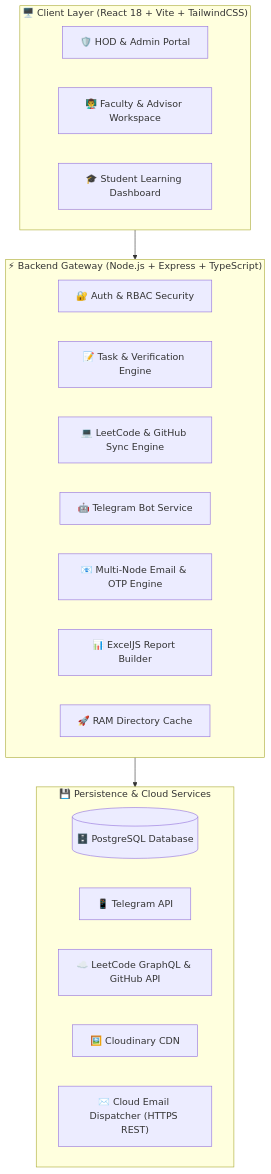
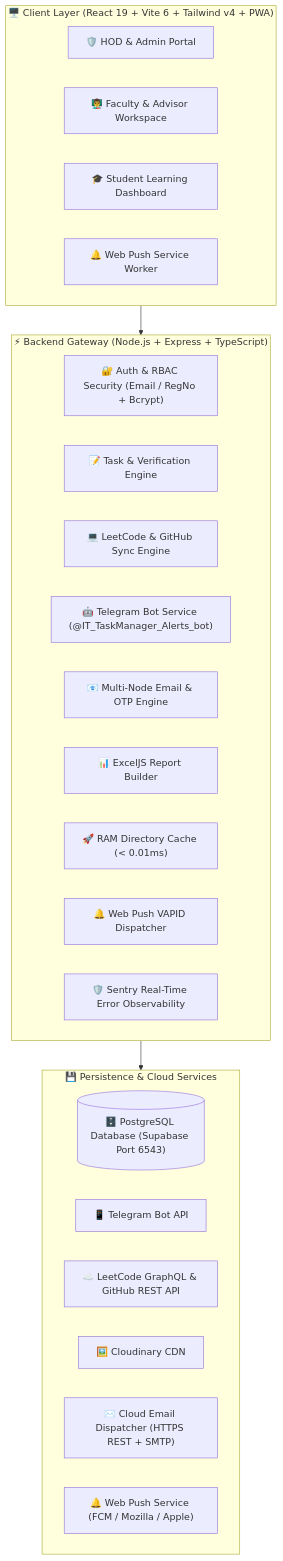
One commit to Tharun4743/IT_taskmanager changed the first of 3 diagrams in README.md. Above: the diagram before and after it, drawn with Mermaid. The commit also changed other lines of this file and 1 other file, not shown here.

Commit message:
docs: update README and FEATURE_COMPARISON with Web Push, PWA, and latest architecture

````diff
--- a/README.md
+++ b/README.md
@@ -42,29 +46,33 @@
 ```mermaid
 flowchart TD
-    subgraph UI["🖥️ Client Layer (React 18 + Vite + TailwindCSS)"]
+    subgraph UI["🖥️ Client Layer (React 19 + Vite 6 + Tailwind v4 + PWA)"]
         A1["🛡️ HOD & Admin Portal"]
         A2["👨‍🏫 Faculty & Advisor Workspace"]
         A3["🎓 Student Learning Dashboard"]
+        A4["🔔 Web Push Service Worker"]
     end
 
     subgraph API["⚡ Backend Gateway (Node.js + Express + TypeScript)"]
-        B1["🔐 Auth & RBAC Security"]
+        B1["🔐 Auth & RBAC Security (Email / RegNo + Bcrypt)"]
         B2["📝 Task & Verification Engine"]
         B3["💻 LeetCode & GitHub Sync Engine"]
-        B4["🤖 Telegram Bot Service"]
+        B4["🤖 Telegram Bot Service (@IT_TaskManager_Alerts_bot)"]
         B5["📧 Multi-Node Email & OTP Engine"]
         B6["📊 ExcelJS Report Builder"]
-        B7["🚀 RAM Directory Cache"]
+        B7["🚀 RAM Directory Cache (< 0.01ms)"]
+        B8["🔔 Web Push VAPID Dispatcher"]
+        B9["🛡️ Sentry Real-Time Error Observability"]
     end
 
     subgraph Storage["💾 Persistence & Cloud Services"]
-        C1[("🗄️ PostgreSQL Database")]
-        C2["📱 Telegram API"]
-        C3["☁️ LeetCode GraphQL & GitHub API"]
+        C1[("🗄️ PostgreSQL Database (Supabase Port 6543)")]
+        C2["📱 Telegram Bot API"]
+        C3["☁️ LeetCode GraphQL & GitHub REST API"]
         C4["🖼️ Cloudinary CDN"]
-        C5["✉️ Cloud Email Dispatcher (HTTPS REST)"]
+        C5["✉️ Cloud Email Dispatcher (HTTPS REST + SMTP)"]
+        C6["🔔 Web Push Service (FCM / Mozilla / Apple)"]
     end
 
     UI --> API
     API --> Storage
 ```
````
